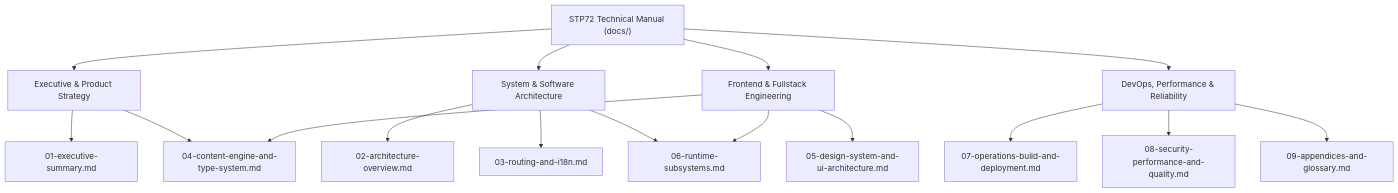
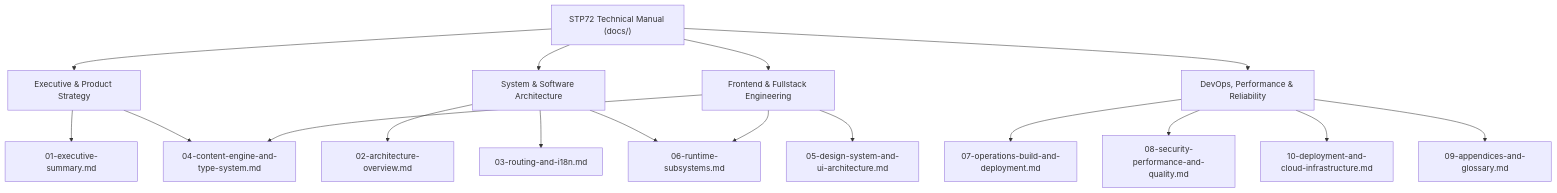
Before and after one commit to STP72-dev/STP72-company: the diagram in docs/README.md, drawn with Mermaid. The commit also changed other lines of this file and 7 other files, not shown here.

````diff
--- a/docs/README.md
+++ b/docs/README.md
@@ -11,29 +11,30 @@
 ```mermaid
 graph TD
     ManualRoot["STP72 Technical Manual (docs/)"]
 
     ExecPath["Executive & Product Strategy"]
     ArchPath["System & Software Architecture"]
     EngPath["Frontend & Fullstack Engineering"]
     OpsPath["DevOps, Performance & Reliability"]
 
     ManualRoot --> ExecPath
     ManualRoot --> ArchPath
     ManualRoot --> EngPath
     ManualRoot --> OpsPath
 
     ExecPath --> Ch01["01-executive-summary.md"]
     ExecPath --> Ch04["04-content-engine-and-type-system.md"]
 
     ArchPath --> Ch02["02-architecture-overview.md"]
     ArchPath --> Ch03["03-routing-and-i18n.md"]
     ArchPath --> Ch06["06-runtime-subsystems.md"]
 
     EngPath --> Ch04["04-content-engine-and-type-system.md"]
     EngPath --> Ch05["05-design-system-and-ui-architecture.md"]
     EngPath --> Ch06["06-runtime-subsystems.md"]
 
     OpsPath --> Ch07["07-operations-build-and-deployment.md"]
     OpsPath --> Ch08["08-security-performance-and-quality.md"]
+    OpsPath --> Ch10["10-deployment-and-cloud-infrastructure.md"]
     OpsPath --> Ch09["09-appendices-and-glossary.md"]
 ```
````
